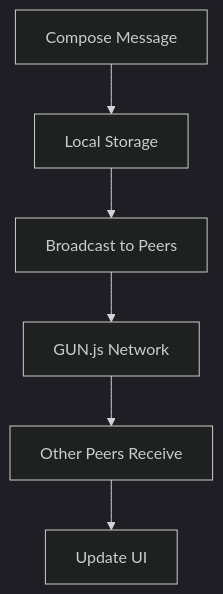
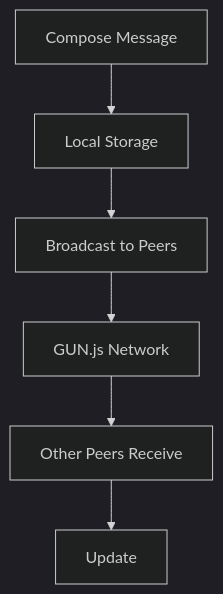
Before and after one commit to patradev-ai/NusaWhisper: the second of 2 diagrams in readme.md, drawn with Mermaid (dark theme). The commit also changed other lines of this file, not shown here.

````diff
--- a/readme.md
+++ b/readme.md
@@ -120,8 +120,8 @@
 ```mermaid
 graph TD
     A[Compose Message] --> B[Local Storage]
     B --> C[Broadcast to Peers]
     C --> D[GUN.js Network]
     D --> E[Other Peers Receive]
-    E --> F[Update UI]
+    E --> F[Update]
 ```
````
